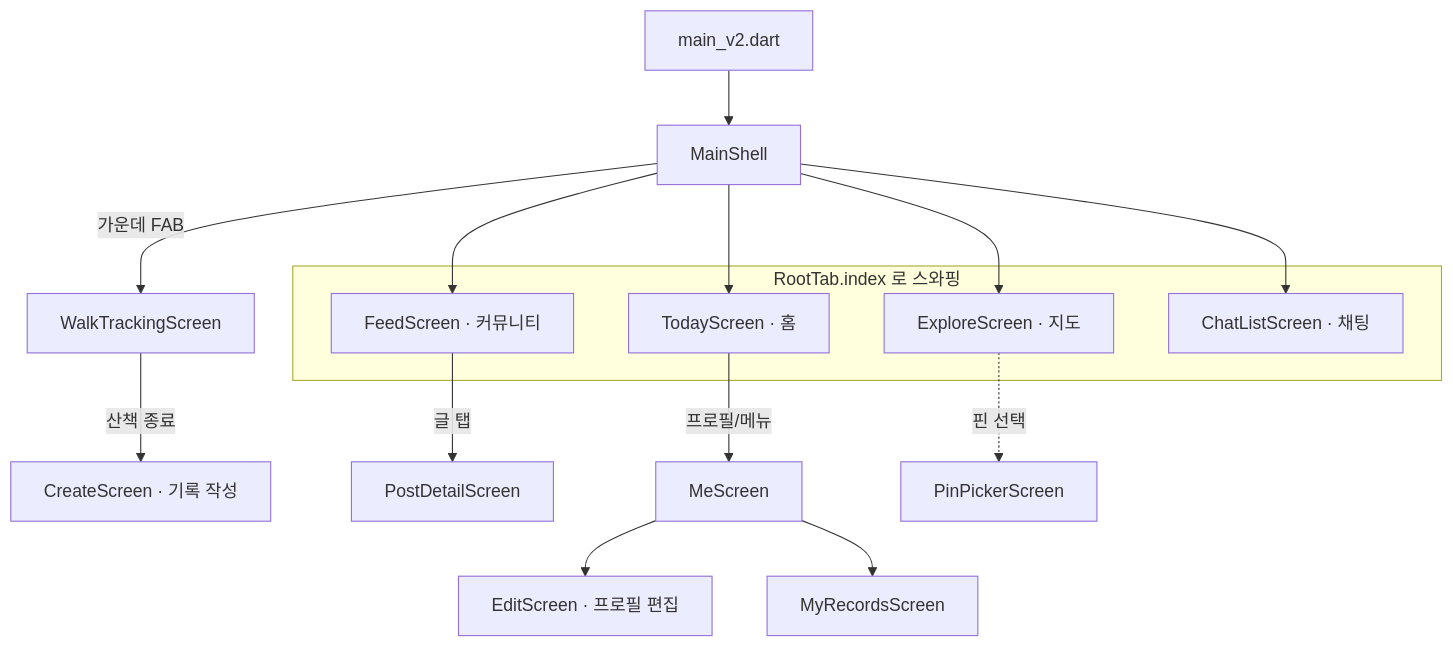
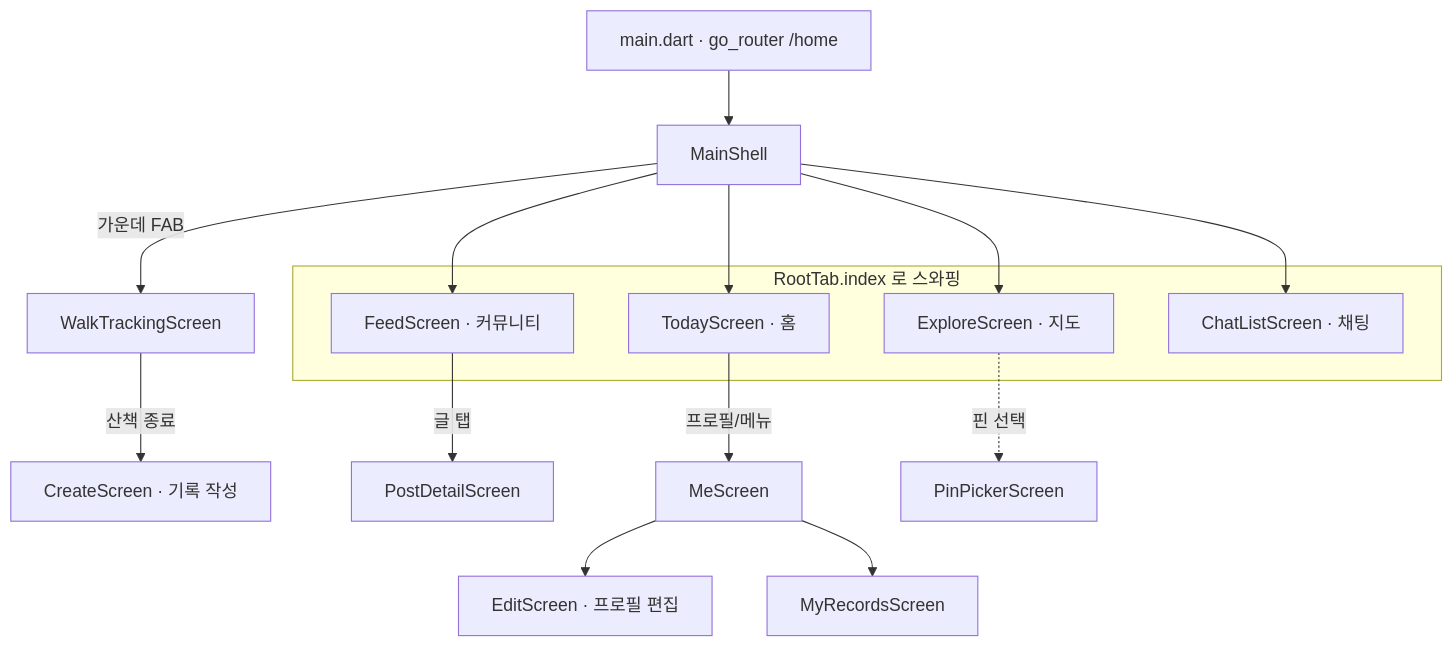
The first of 2 diagrams in docs/02-architecture/frontend-structure.md (sanghyunbang/pawloop), drawn with Mermaid before and after one commit. The commit also changed other lines of this file and 205 other files, not shown here.

````diff
--- a/docs/02-architecture/frontend-structure.md
+++ b/docs/02-architecture/frontend-structure.md
@@ -145,20 +148,20 @@
 ```mermaid
 flowchart TD
-  Main[main_v2.dart] --> Shell[MainShell]
+  Main[main.dart · go_router /home] --> Shell[MainShell]
 
   subgraph Tabs[RootTab.index 로 스와핑]
     T0[TodayScreen · 홈]
     T1[ExploreScreen · 지도]
     T2[FeedScreen · 커뮤니티]
     T3[ChatListScreen · 채팅]
   end
   Shell --> T0 & T1 & T2 & T3
 
   Shell -->|가운데 FAB| WT[WalkTrackingScreen]
   WT -->|산책 종료| CR[CreateScreen · 기록 작성]
   T2 -->|글 탭| PD[PostDetailScreen]
   T0 -->|프로필/메뉴| ME[MeScreen]
   ME --> ED[EditScreen · 프로필 편집]
   ME --> MR[MyRecordsScreen]
   T1 -.->|핀 선택| PP[PinPickerScreen]
 ```
````
